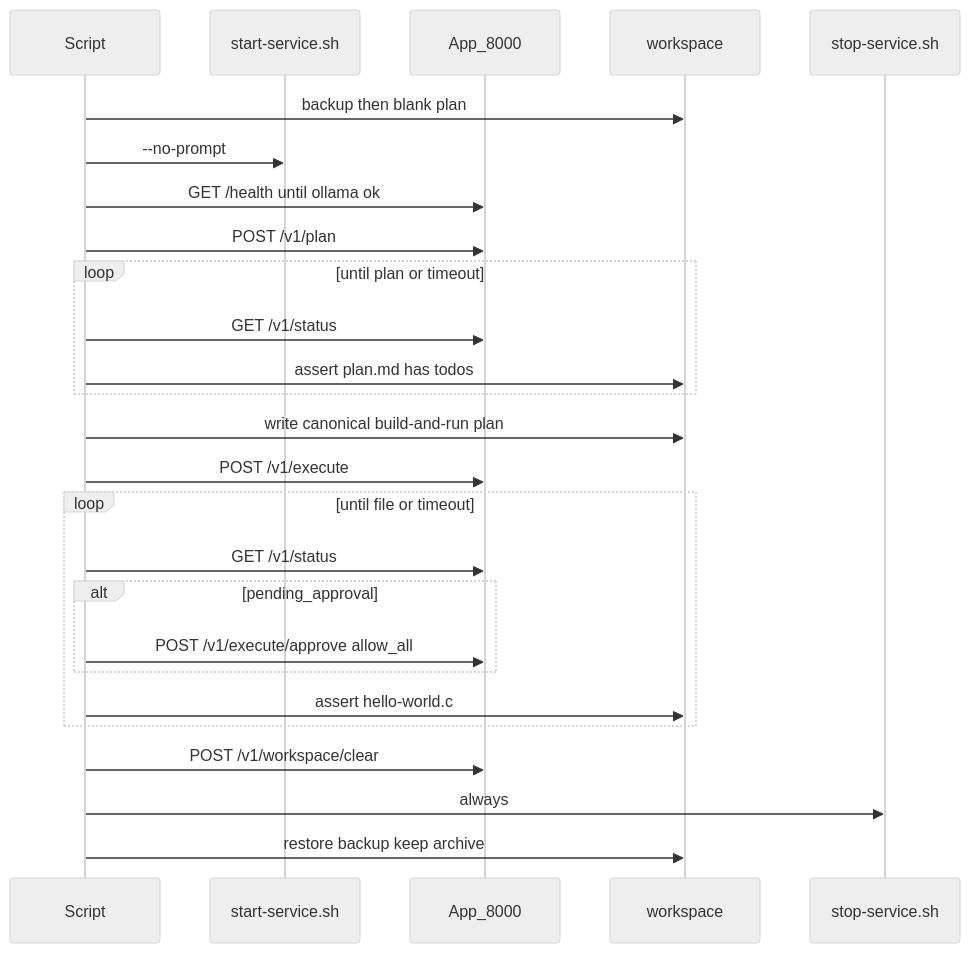
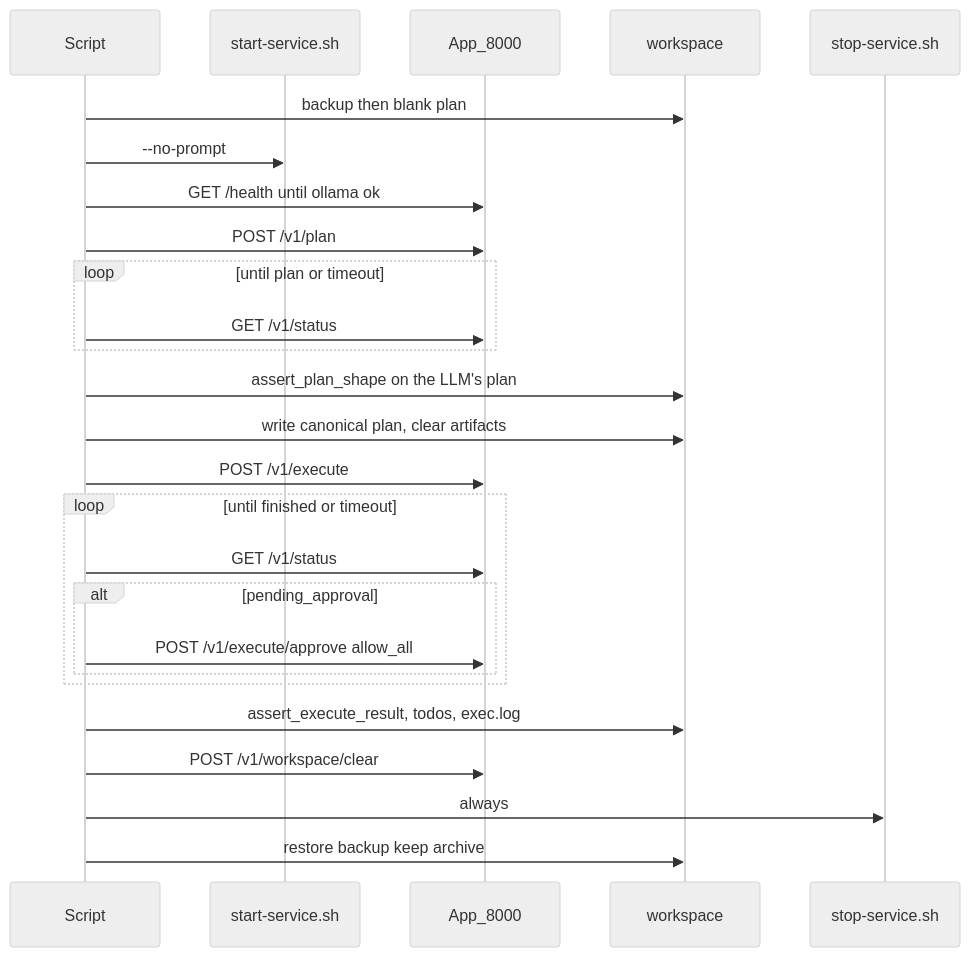
Before and after one commit to mtshomskyieee/tiny-local-coder: the diagram in integration-tests/PLAN.md, drawn with Mermaid (neutral theme). The commit also changed other lines of this file and 3 other files, not shown here.

````diff
--- a/integration-tests/PLAN.md
+++ b/integration-tests/PLAN.md
@@ -46,28 +85,28 @@
 ```mermaid
 sequenceDiagram
   participant Script
   participant Start as start-service.sh
   participant API as App_8000
   participant WS as workspace
   participant Stop as stop-service.sh
   Script->>WS: backup then blank plan
   Script->>Start: --no-prompt
   Script->>API: GET /health until ollama ok
   Script->>API: POST /v1/plan
   loop until plan or timeout
     Script->>API: GET /v1/status
-    Script->>WS: assert plan.md has todos
   end
-  Script->>WS: write canonical build-and-run plan
+  Script->>WS: assert_plan_shape on the LLM's plan
+  Script->>WS: write canonical plan, clear artifacts
   Script->>API: POST /v1/execute
-  loop until file or timeout
+  loop until finished or timeout
     Script->>API: GET /v1/status
     alt pending_approval
       Script->>API: POST /v1/execute/approve allow_all
     end
-    Script->>WS: assert hello-world.c
   end
+  Script->>WS: assert_execute_result, todos, exec.log
   Script->>API: POST /v1/workspace/clear
   Script->>Stop: always
   Script->>WS: restore backup keep archive
 ```
````
